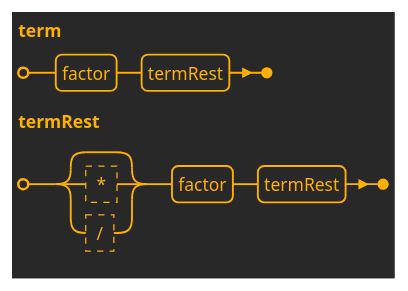
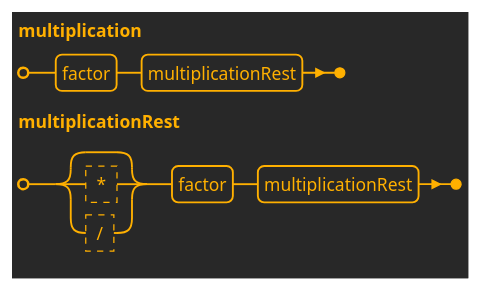
One commit to realsonic/MURQ changed the seventh of 7 diagrams in Domain/MURQ.Domain/URQL/docs/URQL Lines Syntax.md. Above: the diagram before and after it, drawn with PlantUML. The commit also changed other lines of this file and 2 other files, not shown here.

Commit message:
refactor: рекурсивный метод InterpretJoinedStatementsRestAsync заменён на цикл while в исходном методе InterpretJoinedStatementsAsync; нетереминал term переименован в multiplication

````diff
--- a/Domain/MURQ.Domain/URQL/docs/URQL Lines Syntax.md
+++ b/Domain/MURQ.Domain/URQL/docs/URQL Lines Syntax.md
@@ -146,7 +146,7 @@
 ```plantuml
 @startebnf joinedStatements
 !theme crt-amber
-term = factor, termRest;
-termRest = [ (? * ? | ? / ?) ], factor, termRest;
+multiplication = factor, multiplicationRest;
+multiplicationRest = [ (? * ? | ? / ?) ], factor, multiplicationRest;
 @endebnf
 ```
````
